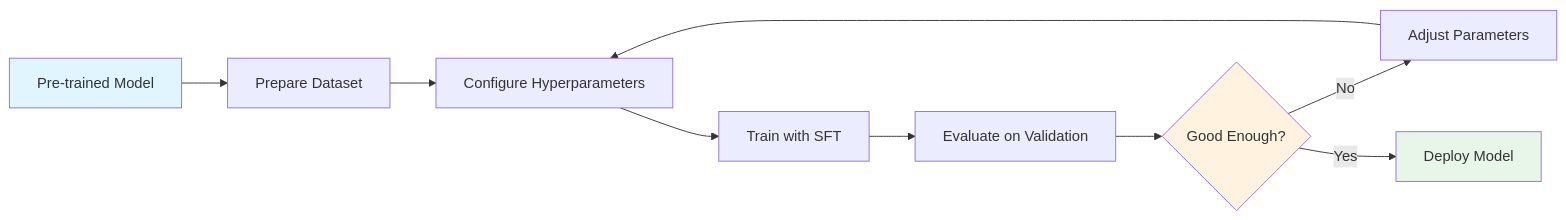
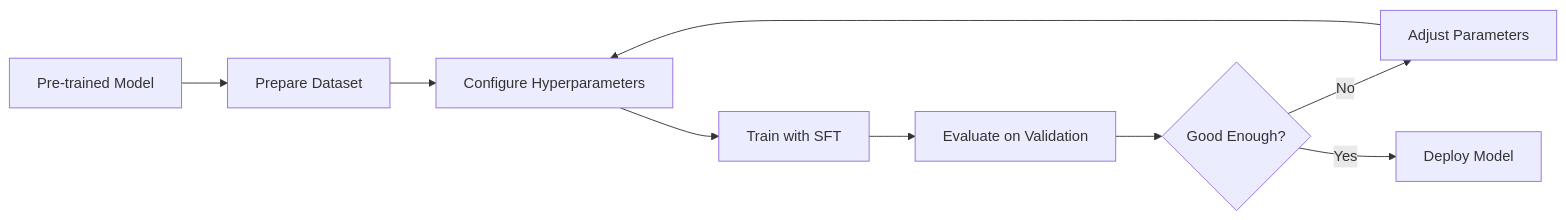
One commit to xdflatline/quartz changed the second of 2 diagrams in content/Concepts/supervised-fine-tuning.md. Above: the diagram before and after it, drawn with Mermaid. The commit also changed 6 other files, not shown here.

````diff
--- a/content/Concepts/supervised-fine-tuning.md
+++ b/content/Concepts/supervised-fine-tuning.md
@@ -122,15 +122,12 @@
 ```mermaid
 graph LR
     A[Pre-trained Model] --> B[Prepare Dataset]
     B --> C[Configure Hyperparameters]
     C --> D[Train with SFT]
     D --> E[Evaluate on Validation]
     E --> F{Good Enough?}
     F -->|No| G[Adjust Parameters]
     G --> C
     F -->|Yes| H[Deploy Model]
     
-    style A fill:#e1f5fe
-    style H fill:#e8f5e9
-    style F fill:#fff3e0
 ```
````
